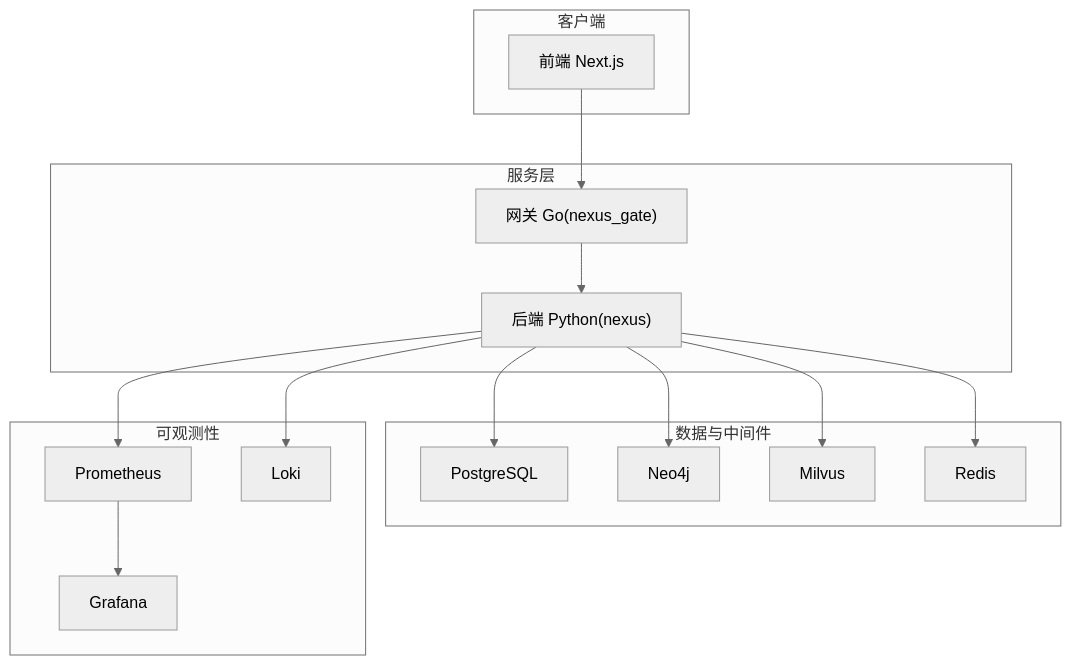
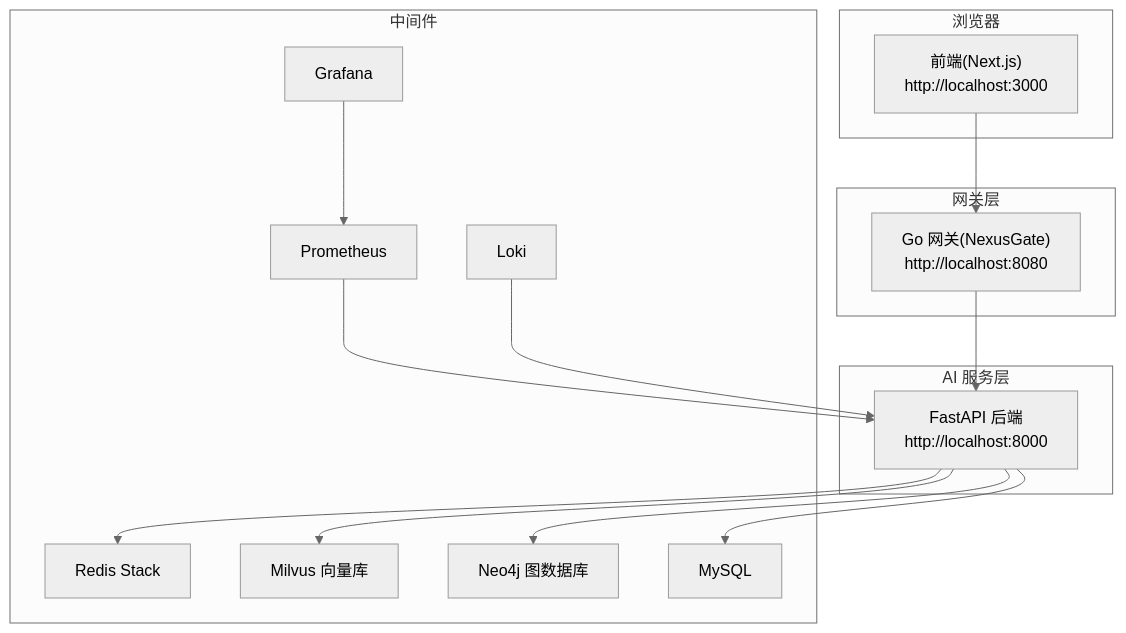
The first of 3 diagrams in .qoder/repowiki/zh/content/快速开始.md (zmdhdu/NexusCockpit), drawn with Mermaid (neutral theme) before and after one commit. The commit also changed other lines of this file and 516 other files, not shown here.

````diff
--- a/.qoder/repowiki/zh/content/快速开始.md
+++ b/.qoder/repowiki/zh/content/快速开始.md
@@ -56,30 +40,30 @@
 ```mermaid
 graph TB
-subgraph "客户端"
-FE["前端 Next.js"]
+subgraph "浏览器"
+FE["前端(Next.js)<br/>http://localhost:3000"]
 end
-subgraph "服务层"
-GW["网关 Go(nexus_gate)"]
-BE["后端 Python(nexus)"]
+subgraph "网关层"
+GW["Go 网关(NexusGate)<br/>http://localhost:8080"]
 end
-subgraph "数据与中间件"
-PG["PostgreSQL"]
-NEO["Neo4j"]
-MIL["Milvus"]
-REDIS["Redis"]
+subgraph "AI 服务层"
+API["FastAPI 后端<br/>http://localhost:8000"]
 end
-subgraph "可观测性"
+subgraph "中间件"
+REDIS["Redis Stack"]
+MILVUS["Milvus 向量库"]
+NEO4J["Neo4j 图数据库"]
+MYSQL["MySQL"]
 PROM["Prometheus"]
 GRAF["Grafana"]
 LOKI["Loki"]
 end
 FE --> GW
-GW --> BE
-BE --> PG
-BE --> NEO
-BE --> MIL
-BE --> REDIS
-BE --> PROM
-PROM --> GRAF
-BE --> LOKI
+GW --> API
+API --> REDIS
+API --> MILVUS
+API --> NEO4J
+API --> MYSQL
+PROM --> API
+GRAF --> PROM
+LOKI --> API
 ```
````
